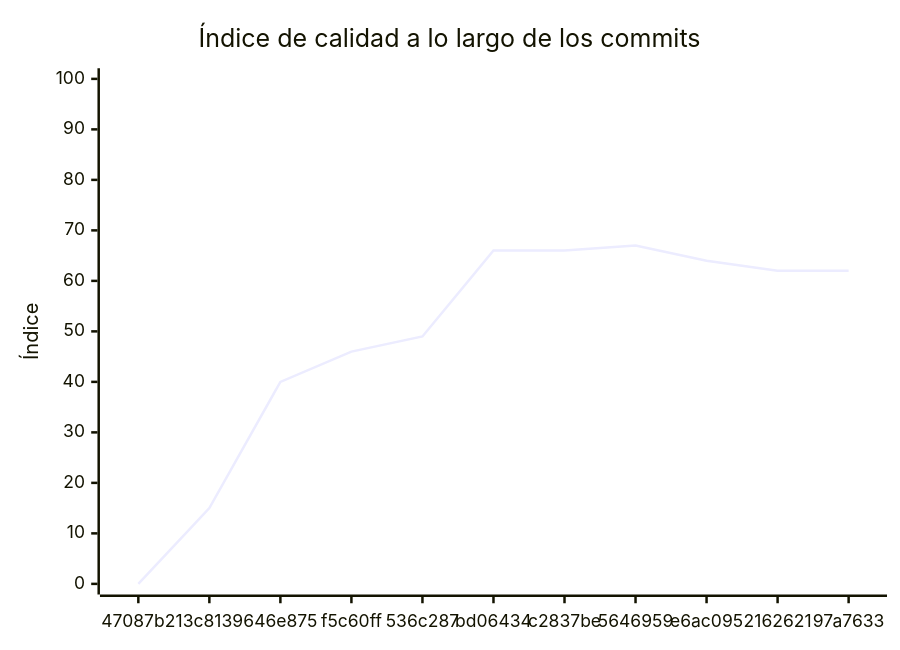
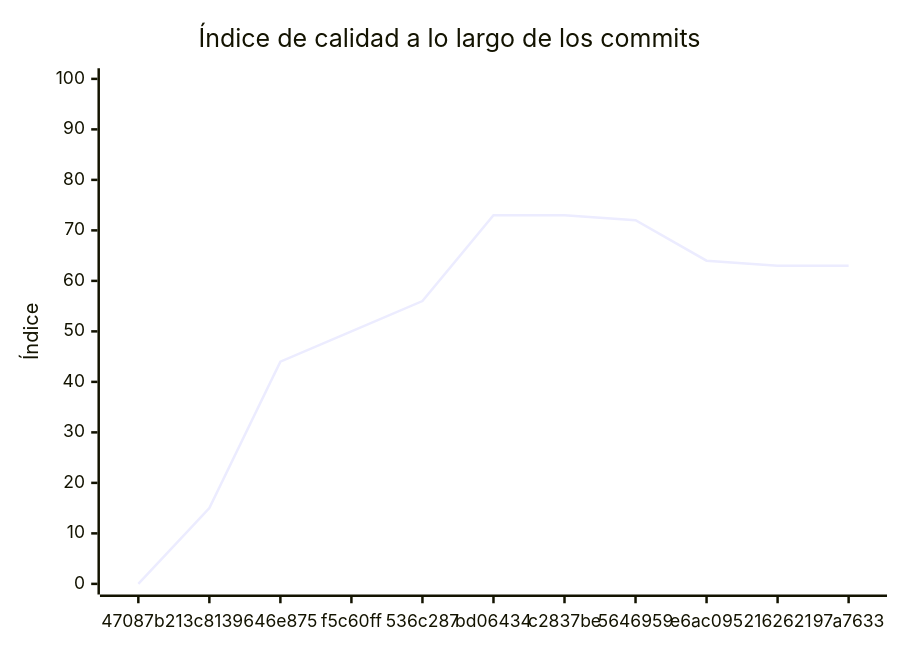
The diagram in docs/EVALUACION.md (TONEATTI-PROGRAMACION-TRABAJO-FINAL/Servicio-catalogo), drawn with Mermaid before and after one commit. The commit also changed other lines of this file and 1 other file, not shown here.

````diff
--- a/docs/EVALUACION.md
+++ b/docs/EVALUACION.md
@@ -148,7 +167,7 @@
 ```mermaid
 xychart-beta
     title "Índice de calidad a lo largo de los commits"
     x-axis ["47087b2", "13c8139", "646e875", "f5c60ff", "536c287", "bd06434", "c2837be", "5646959", "e6ac095", "2162621", "97a7633"]
     y-axis "Índice" 0 --> 100
-    line [0, 15, 40, 46, 49, 66, 66, 67, 64, 62, 62]
+    line [0, 15, 44, 50, 56, 73, 73, 72, 64, 63, 63]
 ```
````
